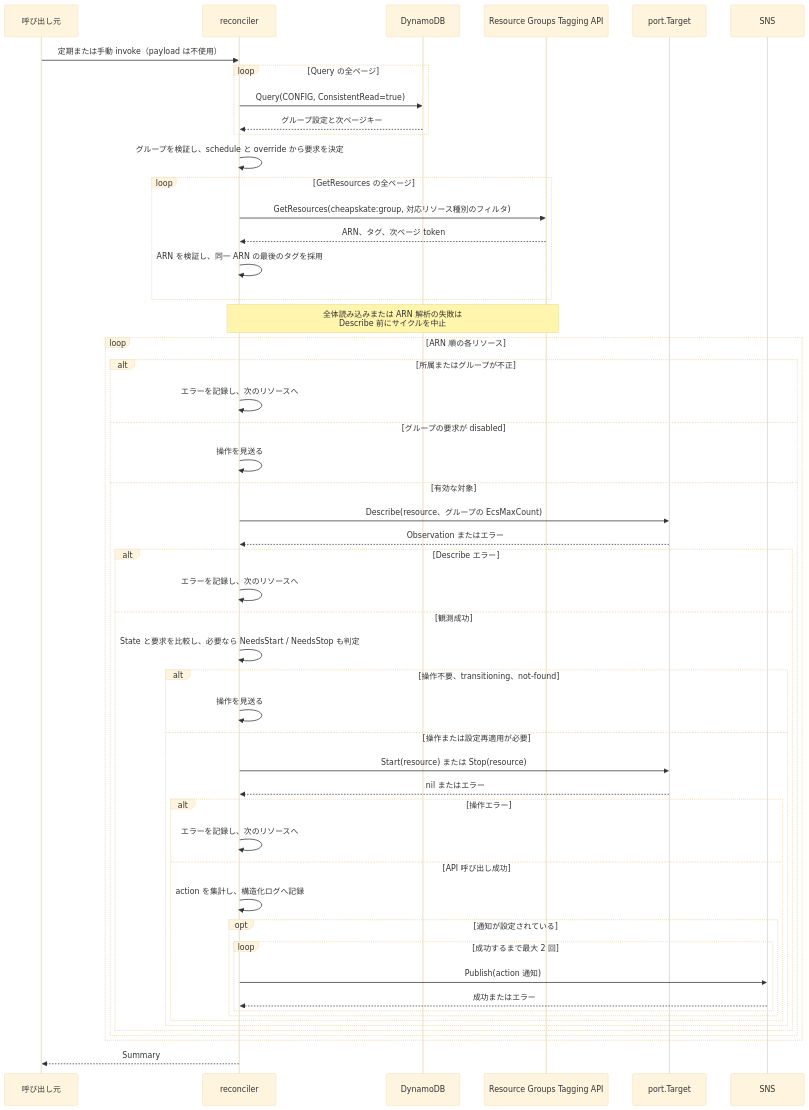
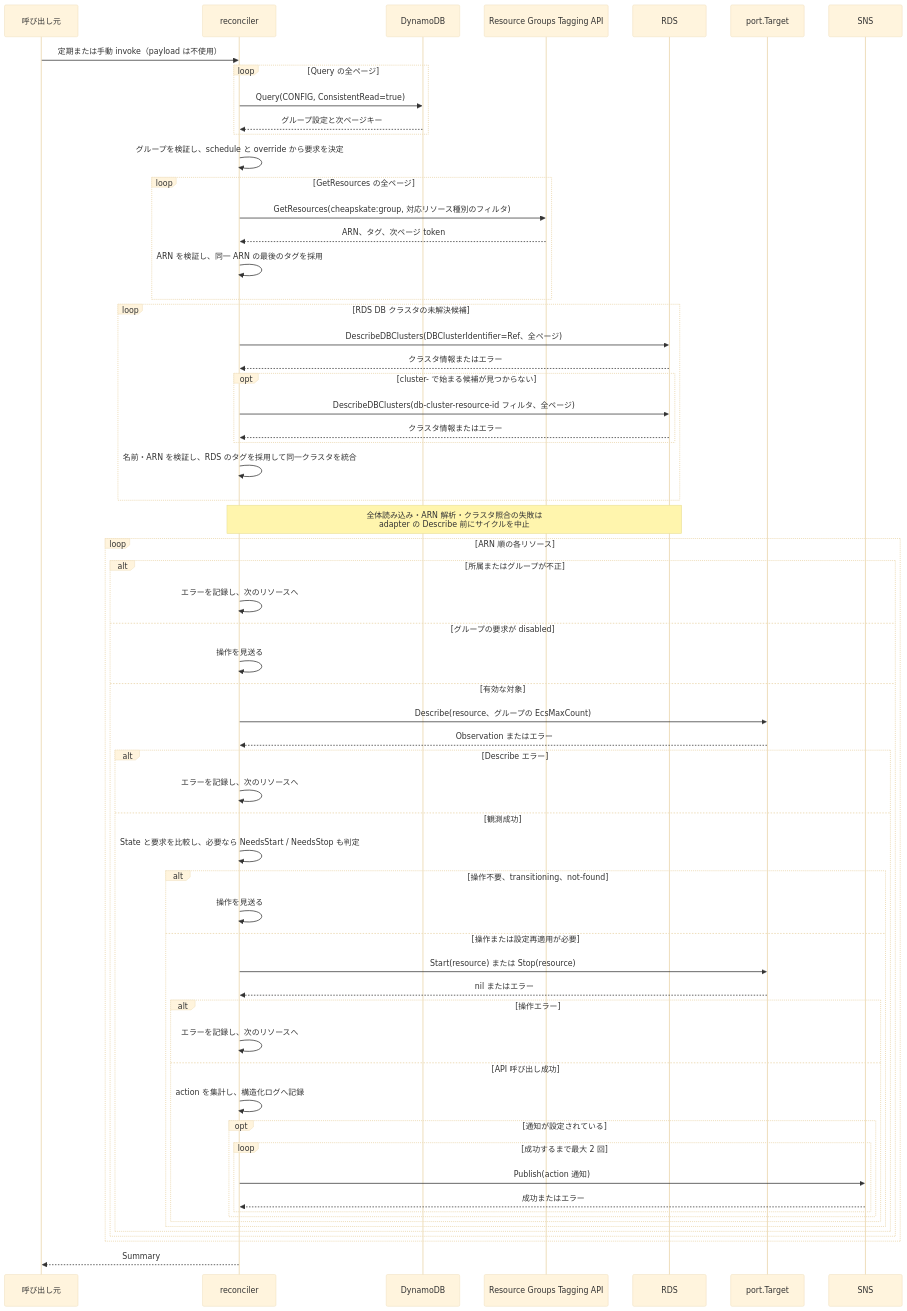
The first of 9 diagrams in docs/ja/development/resource_sequence.md (moepig/cheapskate), drawn with Mermaid (base theme) before and after one commit. The commit also changed 25 other files, not shown here.

````diff
--- a/docs/ja/development/resource_sequence.md
+++ b/docs/ja/development/resource_sequence.md
@@ -9,54 +9,64 @@
 ```mermaid
 sequenceDiagram
     participant C as 呼び出し元
     participant R as reconciler
     participant D as DynamoDB
     participant T as Resource Groups Tagging API
+    participant S as RDS
     participant A as port.Target
     participant N as SNS
     C->>R: 定期または手動 invoke（payload は不使用）
     loop Query の全ページ
         R->>D: Query(CONFIG, ConsistentRead=true)
         D-->>R: グループ設定と次ページキー
     end
     R->>R: グループを検証し、schedule と override から要求を決定
     loop GetResources の全ページ
         R->>T: GetResources(cheapskate:group, 対応リソース種別のフィルタ)
         T-->>R: ARN、タグ、次ページ token
         R->>R: ARN を検証し、同一 ARN の最後のタグを採用
     end
-    Note over R,T: 全体読み込みまたは ARN 解析の失敗は<br/>Describe 前にサイクルを中止
+    loop RDS DB クラスタの未解決候補
+        R->>S: DescribeDBClusters(DBClusterIdentifier=Ref、全ページ)
+        S-->>R: クラスタ情報またはエラー
+        opt cluster- で始まる候補が見つからない
+            R->>S: DescribeDBClusters(db-cluster-resource-id フィルタ、全ページ)
+            S-->>R: クラスタ情報またはエラー
+        end
+        R->>R: 名前・ARN を検証し、RDS のタグを採用して同一クラスタを統合
+    end
+    Note over R,S: 全体読み込み・ARN 解析・クラスタ照合の失敗は<br/>adapter の Describe 前にサイクルを中止
     loop ARN 順の各リソース
         alt 所属またはグループが不正
             R->>R: エラーを記録し、次のリソースへ
         else グループの要求が disabled
             R->>R: 操作を見送る
         else 有効な対象
             R->>A: Describe(resource、グループの EcsMaxCount)
             A-->>R: Observation またはエラー
             alt Describe エラー
                 R->>R: エラーを記録し、次のリソースへ
             else 観測成功
                 R->>R: State と要求を比較し、必要なら NeedsStart / NeedsStop も判定
                 alt 操作不要、transitioning、not-found
                     R->>R: 操作を見送る
                 else 操作または設定再適用が必要
                     R->>A: Start(resource) または Stop(resource)
                     A-->>R: nil またはエラー
                     alt 操作エラー
                         R->>R: エラーを記録し、次のリソースへ
                     else API 呼び出し成功
                         R->>R: action を集計し、構造化ログへ記録
                         opt 通知が設定されている
                             loop 成功するまで最大 2 回
                                 R->>N: Publish(action 通知)
                                 N-->>R: 成功またはエラー
                             end
                         end
                     end
                 end
             end
         end
     end
     R-->>C: Summary
 ```
````
